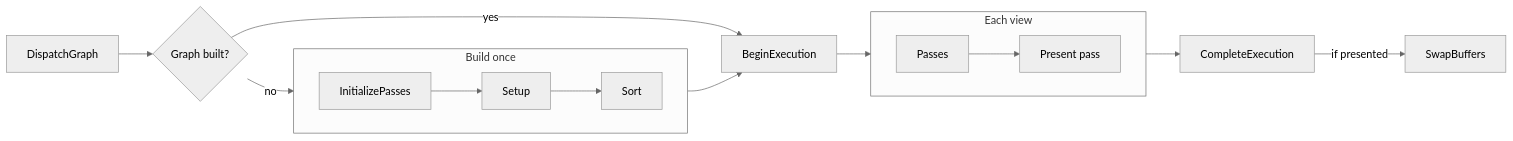
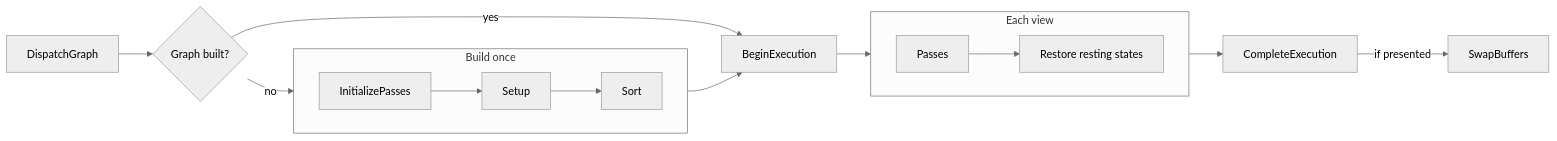
One commit to Acissathar/Anthology changed the first of 3 diagrams in Graphite/docs/internals/03-render-graph.md. Above: the diagram before and after it, drawn with Mermaid (neutral theme). The commit also changed other lines of this file and 7 other files, not shown here.

````diff
--- a/Graphite/docs/internals/03-render-graph.md
+++ b/Graphite/docs/internals/03-render-graph.md
@@ -41,17 +41,17 @@
 ```mermaid
 flowchart LR
     D["DispatchGraph"] --> G{"Graph built?"}
     G -->|no| Build
     subgraph Build["Build once"]
         direction LR
         IP["InitializePasses"] --> SU["Setup"] --> SO["Sort"]
     end
     G -->|yes| BE["BeginExecution"]
     Build --> BE
     BE --> View
     subgraph View["Each view"]
         direction LR
-        P["Passes"] --> PP["Present pass"]
+        P["Passes"] --> RR["Restore resting states"]
     end
     View --> CE["CompleteExecution"] -->|"if presented"| SB["SwapBuffers"]
 ```
````
